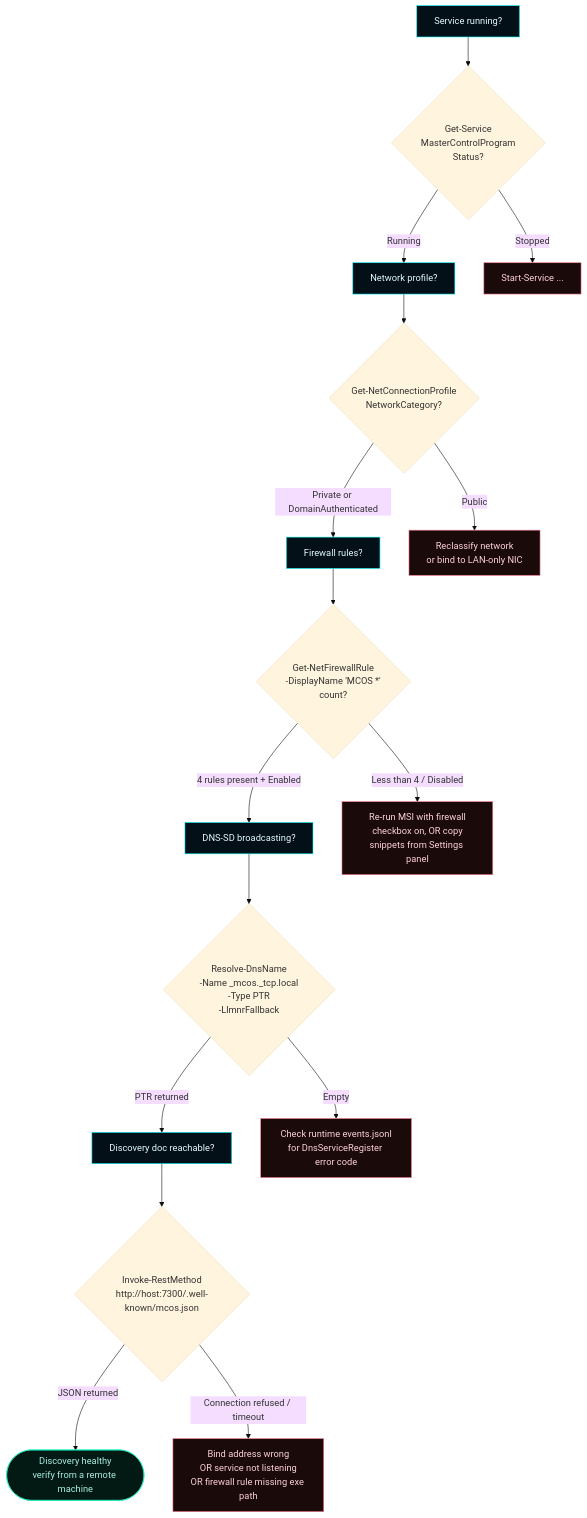
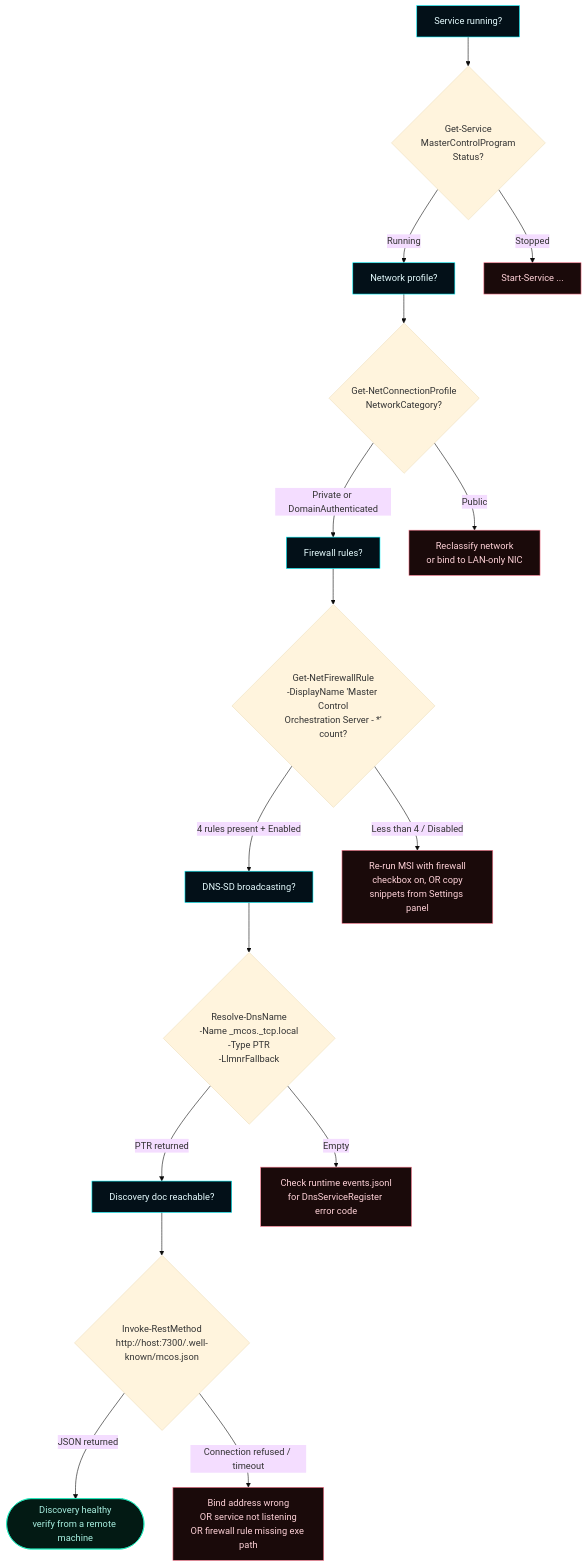
One commit to flynn33/Master-Control-Orchestration-Server changed the eighth of 8 diagrams in docs/wiki/Troubleshooting.md. Above: the diagram before and after it, drawn with Mermaid (base theme). The commit also changed 19 other files, not shown here.

````diff
--- a/docs/wiki/Troubleshooting.md
+++ b/docs/wiki/Troubleshooting.md
@@ -471,26 +471,26 @@
 ```mermaid
 flowchart TB
     classDef step fill:#031018,stroke:#00F6FF,color:#E6FCFF;
     classDef good fill:#031a14,stroke:#1cf2c1,color:#a8efe0;
     classDef bad fill:#1a0a0a,stroke:#ff7a90,color:#ffd2d8;
 
     A[Service running?]:::step --> A1{Get-Service<br/>MasterControlProgram<br/>Status?}
     A1 -->|Running| B[Network profile?]:::step
     A1 -->|Stopped| Aerr[Start-Service ...]:::bad
 
     B --> B1{Get-NetConnectionProfile<br/>NetworkCategory?}
     B1 -->|Private or DomainAuthenticated| C[Firewall rules?]:::step
     B1 -->|Public| Berr[Reclassify network<br/>or bind to LAN-only NIC]:::bad
 
-    C --> C1{Get-NetFirewallRule<br/>-DisplayName 'MCOS *'<br/>count?}
+    C --> C1{Get-NetFirewallRule<br/>-DisplayName 'Master Control<br/>Orchestration Server - *'<br/>count?}
     C1 -->|4 rules present + Enabled| D[DNS-SD broadcasting?]:::step
     C1 -->|Less than 4 / Disabled| Cerr[Re-run MSI with firewall<br/>checkbox on, OR copy<br/>snippets from Settings panel]:::bad
 
     D --> D1{Resolve-DnsName<br/>-Name _mcos._tcp.local<br/>-Type PTR<br/>-LlmnrFallback}
     D1 -->|PTR returned| E[Discovery doc reachable?]:::step
     D1 -->|Empty| Derr[Check runtime events.jsonl<br/>for DnsServiceRegister error code]:::bad
 
     E --> E1{Invoke-RestMethod<br/>http://host:7300/.well-known/mcos.json}
     E1 -->|JSON returned| Done([Discovery healthy<br/>verify from a remote machine]):::good
     E1 -->|Connection refused / timeout| Eerr[Bind address wrong<br/>OR service not listening<br/>OR firewall rule missing exe path]:::bad
 ```
````
